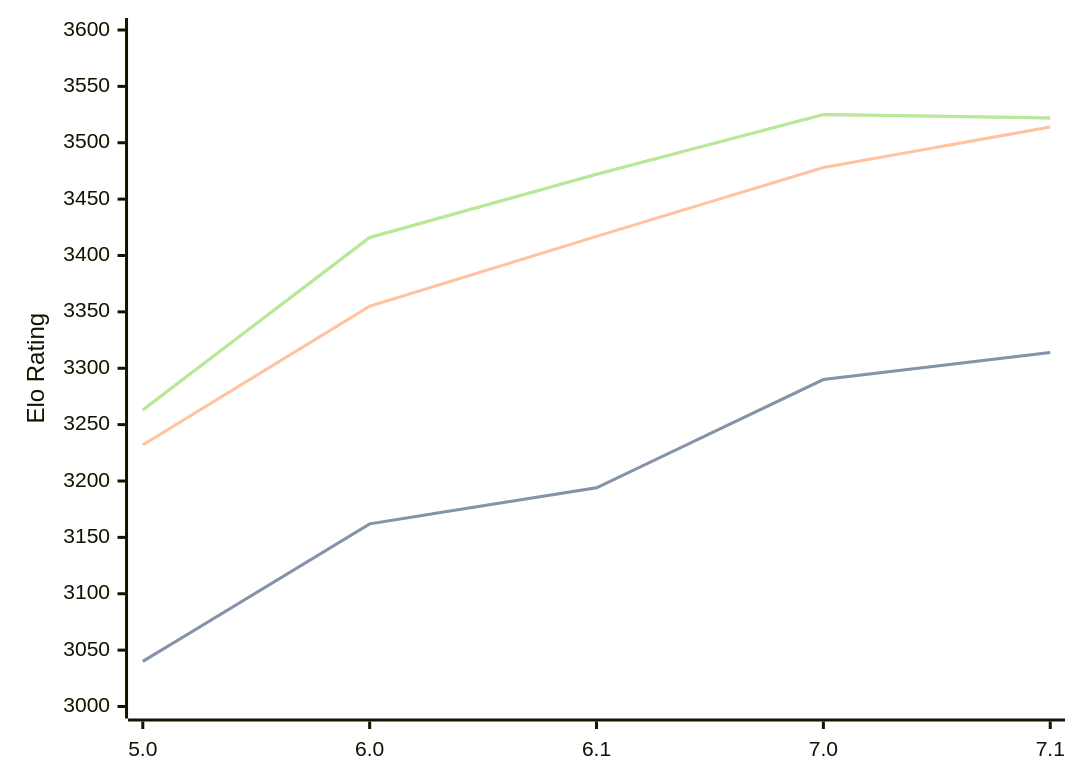
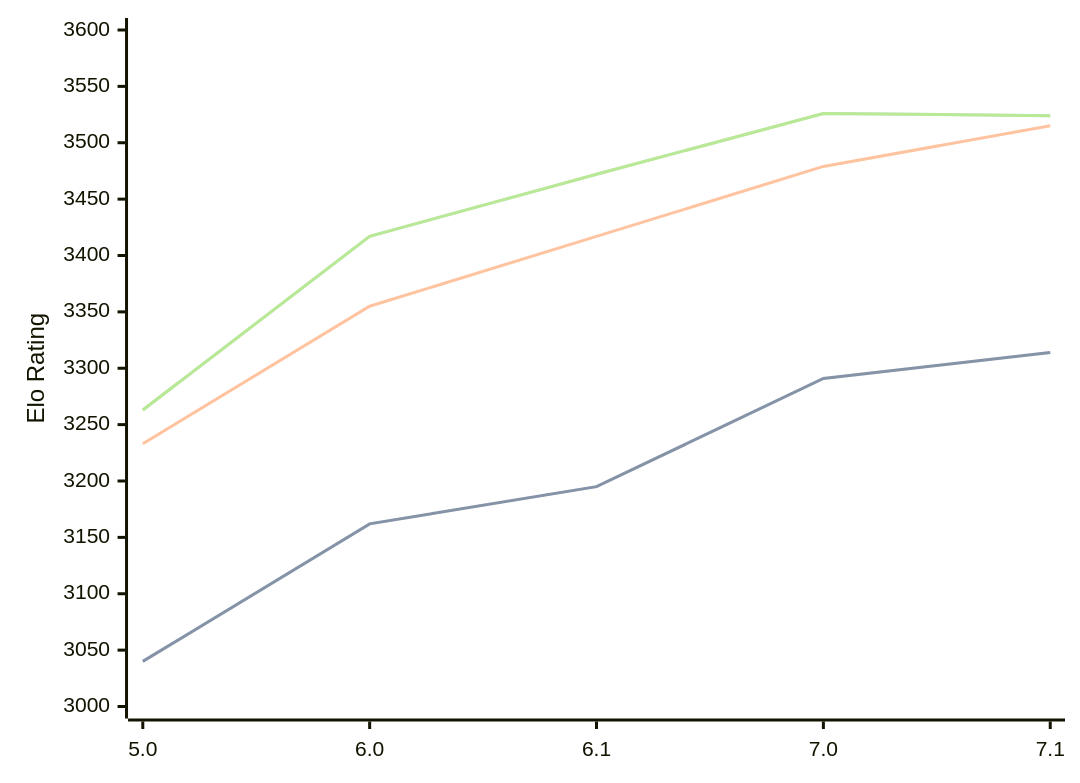
The diagram in engines/PZChessBot.md (computer-chess-index/cci), drawn with Mermaid before and after one commit. The commit also changed other lines of this file, not shown here.

Commit message:
Update CCI Ratings (ELO VLTC) - 2026-08-20

````diff
--- a/engines/PZChessBot.md
+++ b/engines/PZChessBot.md
@@ -35,11 +35,11 @@
 ```mermaid
 %%{init: {"theme":"base","themeVariables":{"seriesColors:['#a3a3a3','#222221','#faa371']}}}%%
 xychart-beta
   x-axis ["5.0", "6.0", "6.1", "7.0", "7.1"]
   y-axis "Elo Rating" 3000 --> 3600
-  line "STC (8.0+0.08s)" [3040, 3162, 3194, 3290, 3314]
-  line "STC (8.0+0.08s)" [3040, 3162, 3194, 3290, 3314]
-  line "LTC (60.0+0.60s)" [3232, 3355, 3417, 3478, 3514]
-  line "VLTC (2m24s+1.12s)" [3263, 3416, 3472, 3525, 3522]
-  line "VLTC (2m24s+1.12s)" [3263, 3416, 3472, 3525, 3522]
+  line "STC (8.0+0.08s)" [3040, 3162, 3195, 3291, 3314]
+  line "STC (8.0+0.08s)" [3040, 3162, 3195, 3291, 3314]
+  line "LTC (60.0+0.60s)" [3233, 3355, 3417, 3479, 3515]
+  line "VLTC (2m24s+1.12s)" [3263, 3417, 3472, 3526, 3524]
+  line "VLTC (2m24s+1.12s)" [3263, 3417, 3472, 3526, 3524]
 ```
````
